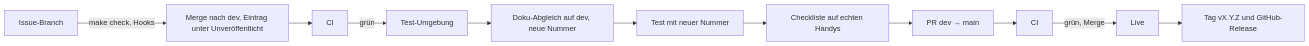
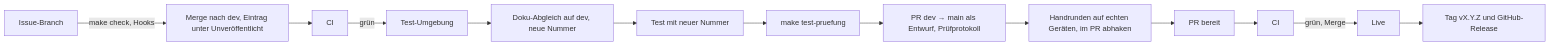
The diagram in docs/ci-cd-und-release.md (konstantinniedermann/tco-app), drawn with Mermaid before and after one commit. The commit also changed other lines of this file and 6 other files, not shown here.

````diff
--- a/docs/ci-cd-und-release.md
+++ b/docs/ci-cd-und-release.md
@@ -44,13 +44,15 @@
 ```mermaid
 flowchart LR
   B[Issue-Branch] -->|make check, Hooks| D[Merge nach dev, Eintrag unter Unveröffentlicht]
   D --> C1[CI]
   C1 -->|grün| T[Test-Umgebung]
   T --> A[Doku-Abgleich auf dev, neue Nummer]
   A --> T2[Test mit neuer Nummer]
-  T2 --> K[Checkliste auf echten Handys]
-  K --> P[PR dev → main]
+  T2 --> R[make test-pruefung]
+  R --> E[PR dev → main als Entwurf, Prüfprotokoll]
+  E --> K[Handrunden auf echten Geräten, im PR abhaken]
+  K --> P[PR bereit]
   P --> C2[CI]
   C2 -->|grün, Merge| L[Live]
   L --> V[Tag vX.Y.Z und GitHub-Release]
 ```
````
